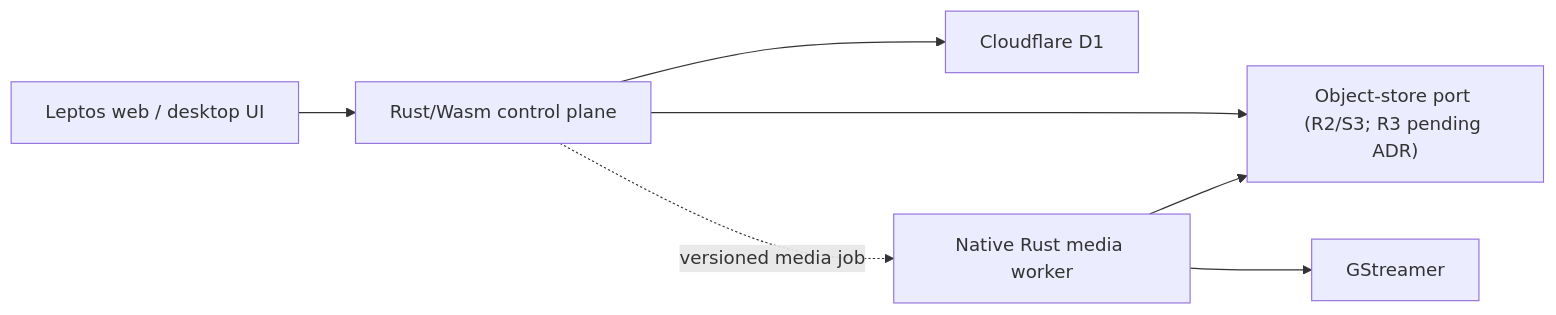
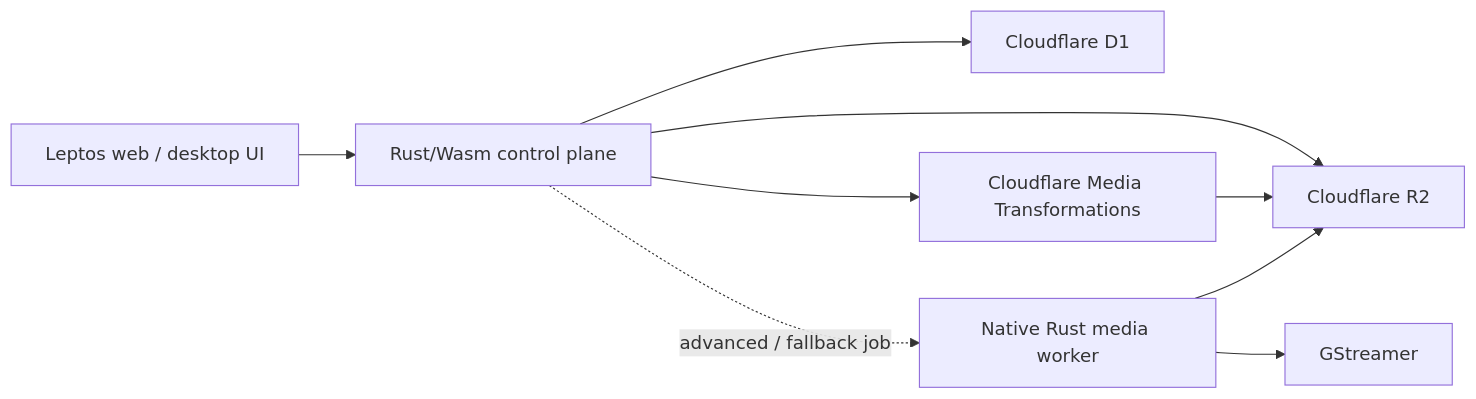
The diagram in README.md (eng-manager-xyz/frame), drawn with Mermaid before and after one commit. The commit also changed other lines of this file and 36 other files, not shown here.

Commit message:
Correct R2 target and add Cloudflare Media topology

````diff
--- a/README.md
+++ b/README.md
@@ -9,9 +9,11 @@
 ```mermaid
 flowchart LR
   UI["Leptos web / desktop UI"] --> EDGE["Rust/Wasm control plane"]
   EDGE --> D1["Cloudflare D1"]
-  EDGE --> STORE["Object-store port (R2/S3; R3 pending ADR)"]
-  EDGE -. "versioned media job" .-> MEDIA["Native Rust media worker"]
-  MEDIA --> GST["GStreamer"]
-  MEDIA --> STORE
+  EDGE --> R2["Cloudflare R2"]
+  EDGE --> CFM["Cloudflare Media Transformations"]
+  CFM --> R2
+  EDGE -. "advanced / fallback job" .-> NATIVE["Native Rust media worker"]
+  NATIVE --> GST["GStreamer"]
+  NATIVE --> R2
 ```
````
